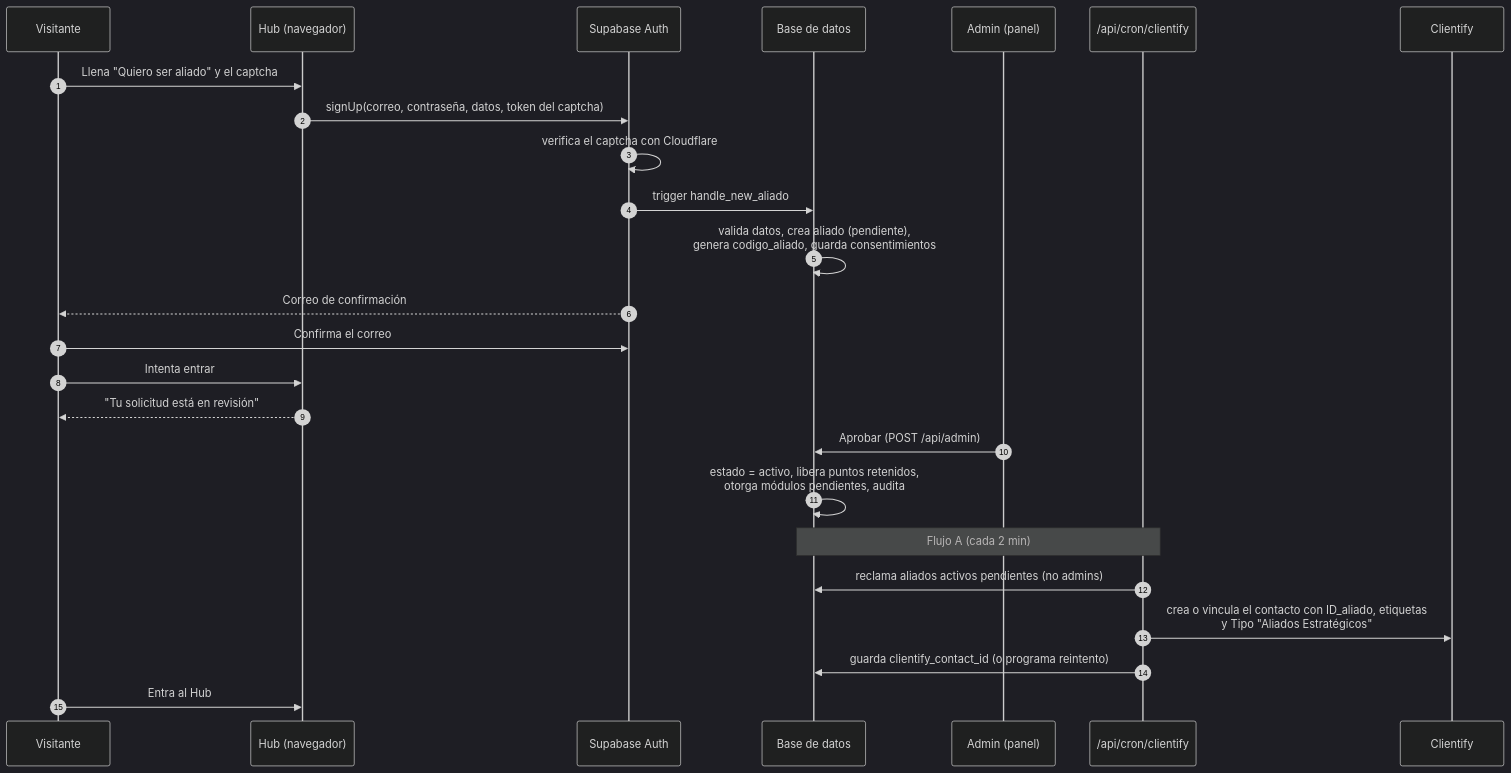
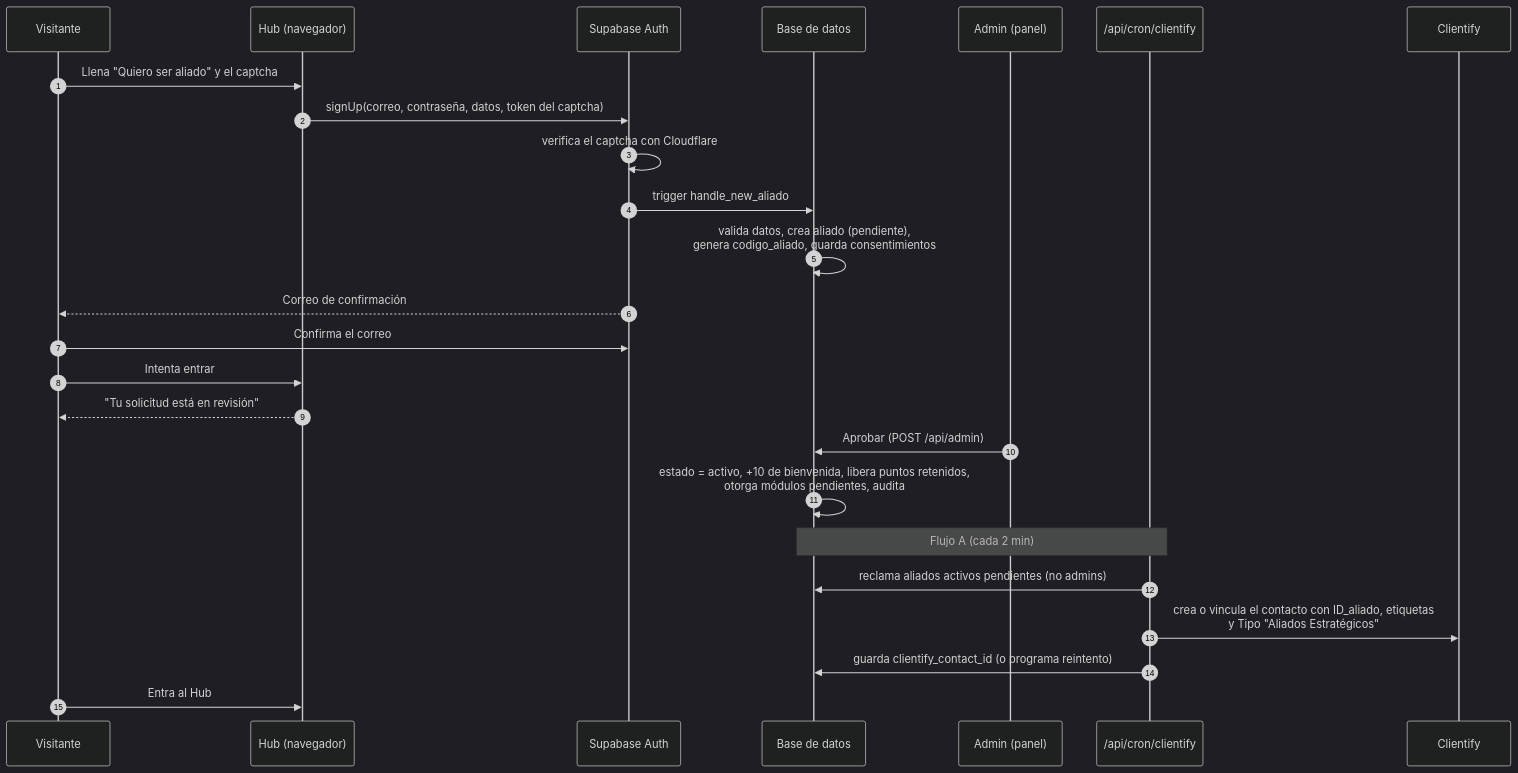
One commit to jmanurodri04-glitch/Aliados-del-sol-hub changed the second of 10 diagrams in docs/GUIA_HUB.md. Above: the diagram before and after it, drawn with Mermaid (dark theme). The commit also changed other lines of this file and 11 other files, not shown here.

First line of the commit message:
Recompensas con imagen desde el panel y documentación de los puntos de bienvenida

````diff
--- a/docs/GUIA_HUB.md
+++ b/docs/GUIA_HUB.md
@@ -230,27 +230,27 @@
 ```mermaid
 sequenceDiagram
   autonumber
   participant V as Visitante
   participant H as Hub (navegador)
   participant AU as Supabase Auth
   participant DB as Base de datos
   participant AD as Admin (panel)
   participant F as /api/cron/clientify
   participant CL as Clientify
   V->>H: Llena "Quiero ser aliado" y el captcha
   H->>AU: signUp(correo, contraseña, datos, token del captcha)
   AU->>AU: verifica el captcha con Cloudflare
   AU->>DB: trigger handle_new_aliado
   DB->>DB: valida datos, crea aliado (pendiente),<br/>genera codigo_aliado, guarda consentimientos
   AU-->>V: Correo de confirmación
   V->>AU: Confirma el correo
   V->>H: Intenta entrar
   H-->>V: "Tu solicitud está en revisión"
   AD->>DB: Aprobar (POST /api/admin)
-  DB->>DB: estado = activo, libera puntos retenidos,<br/>otorga módulos pendientes, audita
+  DB->>DB: estado = activo, +10 de bienvenida, libera puntos retenidos,<br/>otorga módulos pendientes, audita
   Note over DB,F: Flujo A (cada 2 min)
   F->>DB: reclama aliados activos pendientes (no admins)
   F->>CL: crea o vincula el contacto con ID_aliado, etiquetas<br/>y Tipo "Aliados Estratégicos"
   F->>DB: guarda clientify_contact_id (o programa reintento)
   V->>H: Entra al Hub
 ```
````
